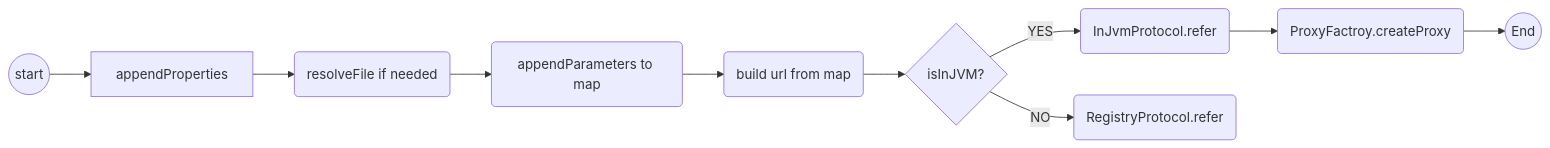
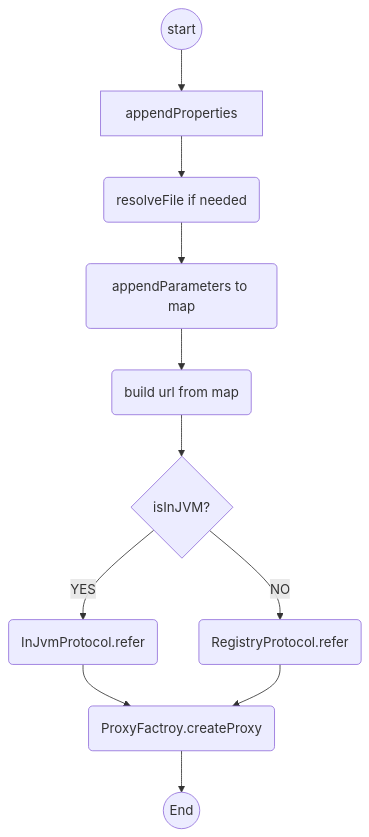
The third of 3 diagrams in dubbo/dubbo.md (zhudongdong/docs), drawn with Mermaid before and after one commit. The commit also changed other lines of this file, not shown here.

Commit message:
Uploaded by https://stackedit.io/

````diff
--- a/dubbo/dubbo.md
+++ b/dubbo/dubbo.md
@@ -212,14 +211,16 @@
 ```mermaid
-graph LR
+graph TD
 Z((start))-->A[appendProperties]
 A--> B(resolveFile if needed) 
 B-->C(appendParameters to map)
 C-->D(build url from map)
+
 D-->E{isInJVM?}
 E--YES-->F(InJvmProtocol.refer)
 F--> G(ProxyFactroy.createProxy)
 G-->H((End))
 E--NO-->I(RegistryProtocol.refer)
+I-->G
 
 
 ```
````
